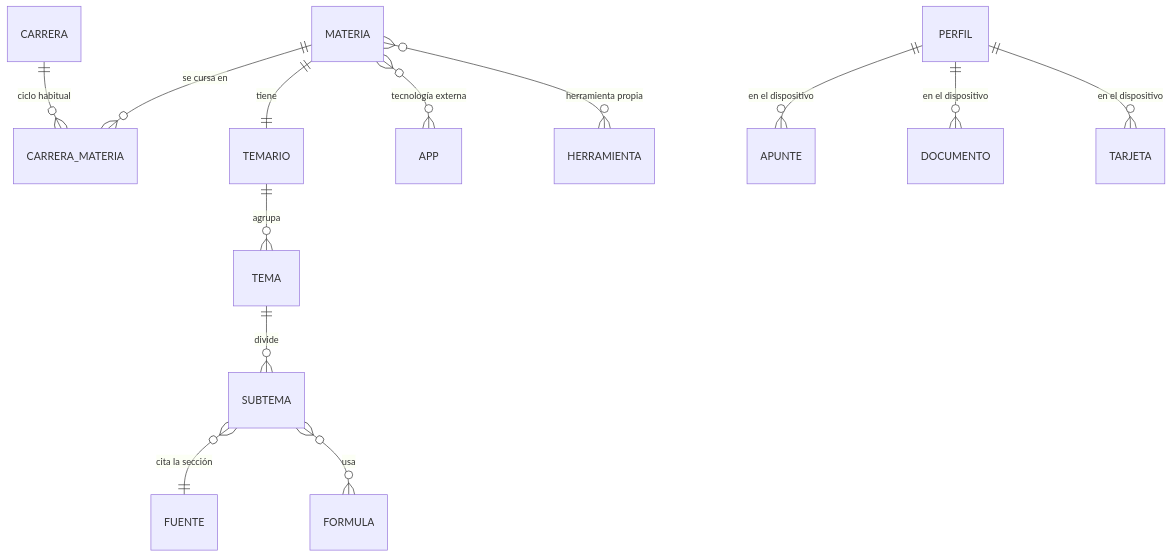
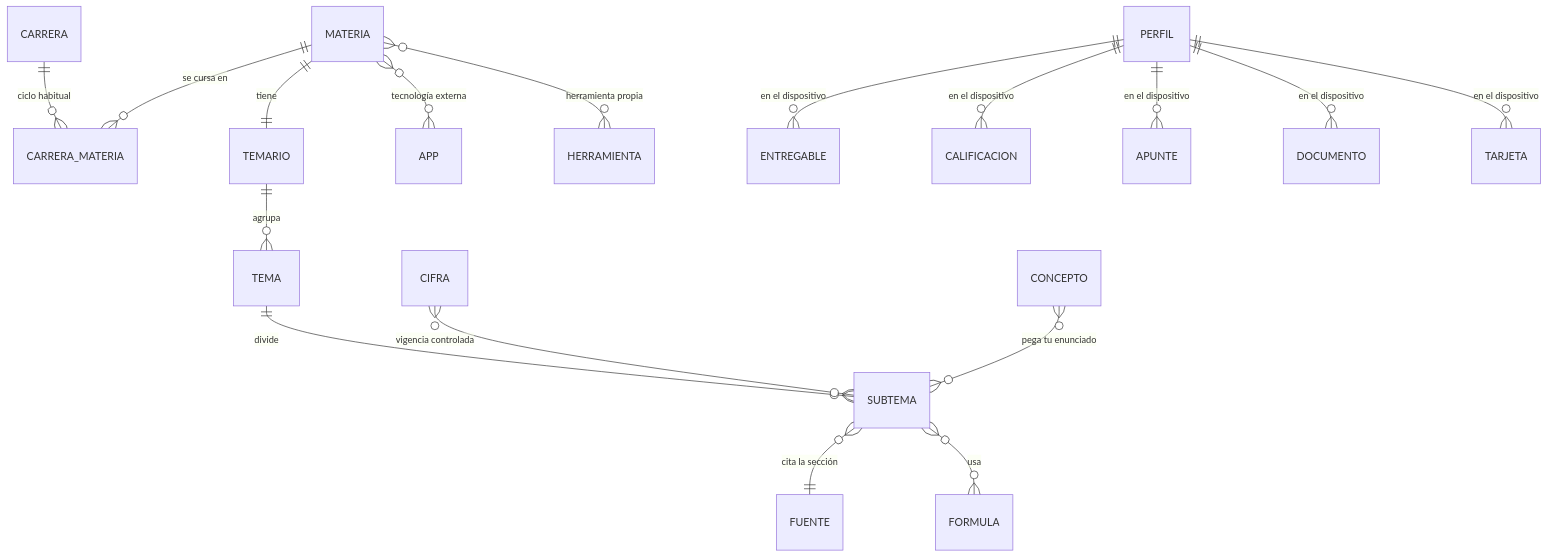
One commit to DiegoFranciscoG/abaco changed the second of 2 diagrams in README.md. Above: the diagram before and after it, drawn with Mermaid. The commit also changed other lines of this file and 5 other files, not shown here.

````diff
--- a/README.md
+++ b/README.md
@@ -77,15 +88,19 @@
 ```mermaid
 erDiagram
   CARRERA ||--o{ CARRERA_MATERIA : "ciclo habitual"
   MATERIA ||--o{ CARRERA_MATERIA : "se cursa en"
   MATERIA ||--|| TEMARIO : tiene
   TEMARIO ||--o{ TEMA : agrupa
   TEMA ||--o{ SUBTEMA : divide
   SUBTEMA }o--|| FUENTE : "cita la sección"
   SUBTEMA }o--o{ FORMULA : usa
   MATERIA }o--o{ APP : "tecnología externa"
   MATERIA }o--o{ HERRAMIENTA : "herramienta propia"
+  CIFRA }o--o{ SUBTEMA : "vigencia controlada"
+  CONCEPTO }o--o{ SUBTEMA : "pega tu enunciado"
+  PERFIL ||--o{ ENTREGABLE : "en el dispositivo"
+  PERFIL ||--o{ CALIFICACION : "en el dispositivo"
   PERFIL ||--o{ APUNTE : "en el dispositivo"
   PERFIL ||--o{ DOCUMENTO : "en el dispositivo"
   PERFIL ||--o{ TARJETA : "en el dispositivo"
 ```
````
